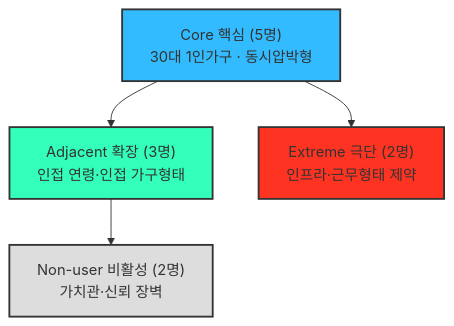
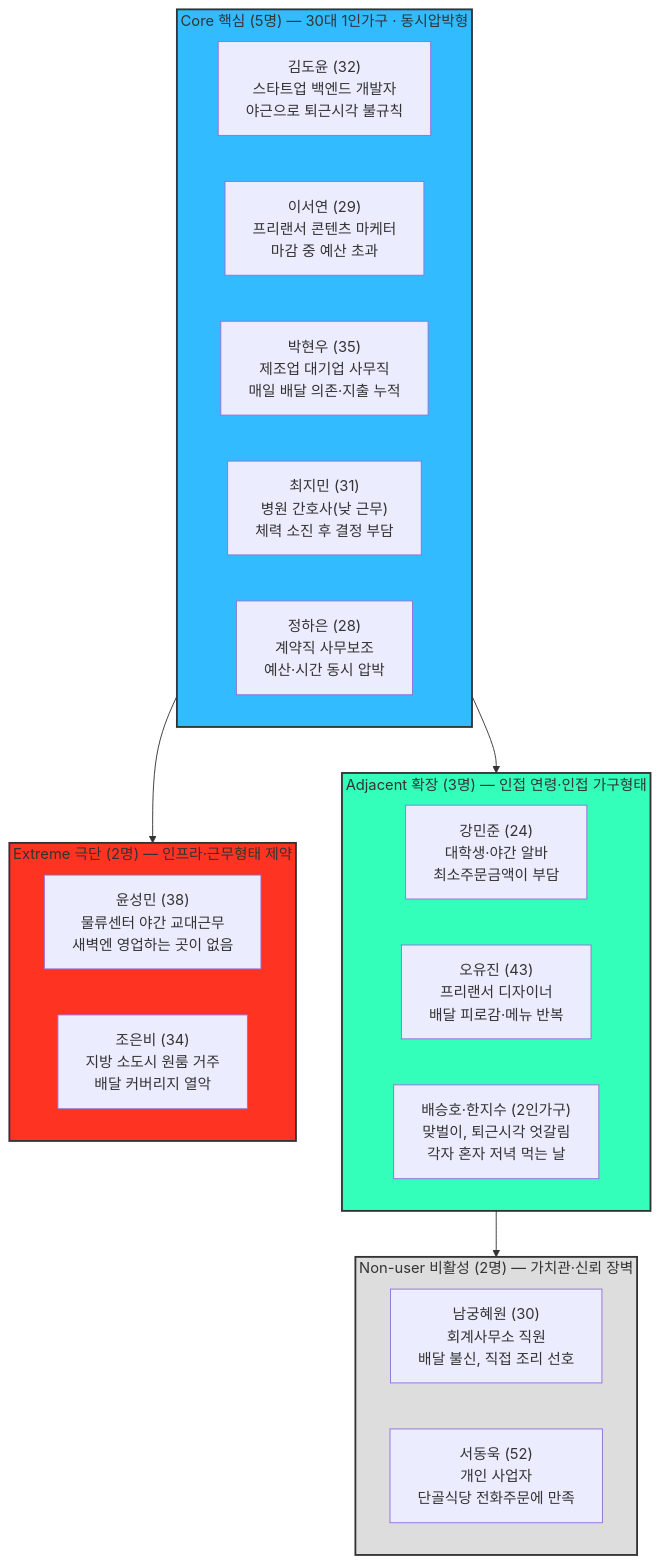
Before and after one commit to soobworks/business-research-practice: the diagram in 05.persona-journey-map/1인가구한끼해결-페르소나여정/02-페르소나스펙트럼.md, drawn with Mermaid.

Commit message:
Expand persona-spectrum overview diagram to show all 12 individuals
Replace the 4-bucket-only overview diagram with subgraphs listing every persona by name, role, and a short descriptor, so the full spectrum map is readable at a glance instead of hiding behind bucket counts.

````diff
--- a/05.persona-journey-map/1인가구한끼해결-페르소나여정/02-페르소나스펙트럼.md
+++ b/05.persona-journey-map/1인가구한끼해결-페르소나여정/02-페르소나스펙트럼.md
@@ -9,11 +9,35 @@
 ```mermaid
 graph TD
-    Core["Core 핵심 (5명)<br>30대 1인가구 · 동시압박형"] --> Adj["Adjacent 확장 (3명)<br>인접 연령·인접 가구형태"]
-    Core --> Ext["Extreme 극단 (2명)<br>인프라·근무형태 제약"]
-    Adj --> Non["Non-user 비활성 (2명)<br>가치관·신뢰 장벽"]
+    subgraph Core["Core 핵심 (5명) — 30대 1인가구 · 동시압박형"]
+        C1["김도윤 (32)<br>스타트업 백엔드 개발자<br>야근으로 퇴근시각 불규칙"]
+        C2["이서연 (29)<br>프리랜서 콘텐츠 마케터<br>마감 중 예산 초과"]
+        C3["박현우 (35)<br>제조업 대기업 사무직<br>매일 배달 의존·지출 누적"]
+        C4["최지민 (31)<br>병원 간호사(낮 근무)<br>체력 소진 후 결정 부담"]
+        C5["정하은 (28)<br>계약직 사무보조<br>예산·시간 동시 압박"]
+    end
+
+    subgraph Adjacent["Adjacent 확장 (3명) — 인접 연령·인접 가구형태"]
+        A1["강민준 (24)<br>대학생·야간 알바<br>최소주문금액이 부담"]
+        A2["오유진 (43)<br>프리랜서 디자이너<br>배달 피로감·메뉴 반복"]
+        A3["배승호·한지수 (2인가구)<br>맞벌이, 퇴근시각 엇갈림<br>각자 혼자 저녁 먹는 날"]
+    end
+
+    subgraph Extreme["Extreme 극단 (2명) — 인프라·근무형태 제약"]
+        E1["윤성민 (38)<br>물류센터 야간 교대근무<br>새벽엔 영업하는 곳이 없음"]
+        E2["조은비 (34)<br>지방 소도시 원룸 거주<br>배달 커버리지 열악"]
+    end
+
+    subgraph Nonuser["Non-user 비활성 (2명) — 가치관·신뢰 장벽"]
+        N1["남궁혜원 (30)<br>회계사무소 직원<br>배달 불신, 직접 조리 선호"]
+        N2["서동욱 (52)<br>개인 사업자<br>단골식당 전화주문에 만족"]
+    end
+
+    Core --> Adjacent
+    Core --> Extreme
+    Adjacent --> Nonuser
 
     style Core fill:#33BBFF,stroke:#333,stroke-width:2px
-    style Adj fill:#33FFBB,stroke:#333,stroke-width:2px
-    style Ext fill:#FF3322,stroke:#333,stroke-width:2px
-    style Non fill:#DDDDDD,stroke:#333,stroke-width:2px
+    style Adjacent fill:#33FFBB,stroke:#333,stroke-width:2px
+    style Extreme fill:#FF3322,stroke:#333,stroke-width:2px
+    style Nonuser fill:#DDDDDD,stroke:#333,stroke-width:2px
 ```
````
